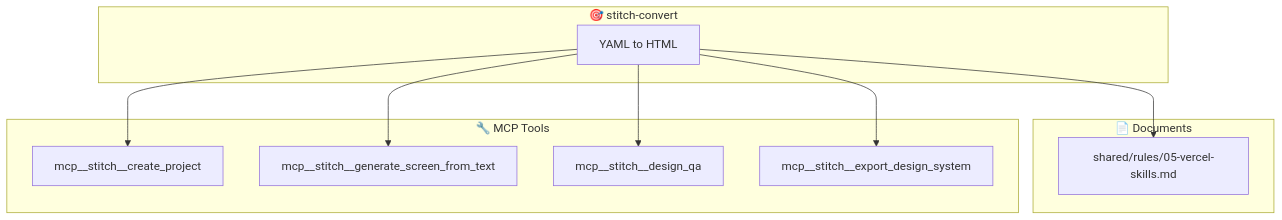
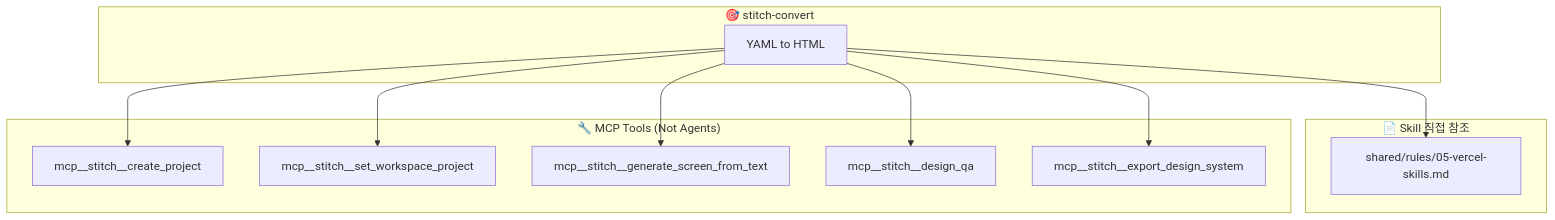
Diagram 11 of 14 in docs/SKILL_AGENT_REFERENCE_MAP.md (30eggis/spec-it), drawn with Mermaid before and after one commit. The commit also changed other lines of this file, not shown here.

First line of the commit message:
Update Skill/Agent reference map with full document chains

````diff
--- a/docs/SKILL_AGENT_REFERENCE_MAP.md
+++ b/docs/SKILL_AGENT_REFERENCE_MAP.md
@@ -407,23 +474,21 @@
 ```mermaid
 flowchart TB
-    subgraph skill_stitch["🎯 stitch-convert"]
+    subgraph SKILL["🎯 stitch-convert"]
         S1[YAML to HTML]
     end
 
-    subgraph docs_stitch["📄 Documents"]
-        D1[shared/rules/05-vercel-skills.md]
+    subgraph SKILL_DOCS["📄 Skill 직접 참조"]
+        SD1[shared/rules/05-vercel-skills.md]
     end
 
-    subgraph mcp_stitch["🔧 MCP Tools"]
+    subgraph MCP_TOOLS["🔧 MCP Tools (Not Agents)"]
         M1[mcp__stitch__create_project]
-        M2[mcp__stitch__generate_screen_from_text]
-        M3[mcp__stitch__design_qa]
-        M4[mcp__stitch__export_design_system]
+        M2[mcp__stitch__set_workspace_project]
+        M3[mcp__stitch__generate_screen_from_text]
+        M4[mcp__stitch__design_qa]
+        M5[mcp__stitch__export_design_system]
     end
 
-    S1 --> D1
-    S1 --> M1
-    S1 --> M2
-    S1 --> M3
-    S1 --> M4
+    S1 --> SD1
+    S1 --> M1 & M2 & M3 & M4 & M5
 ```
````
